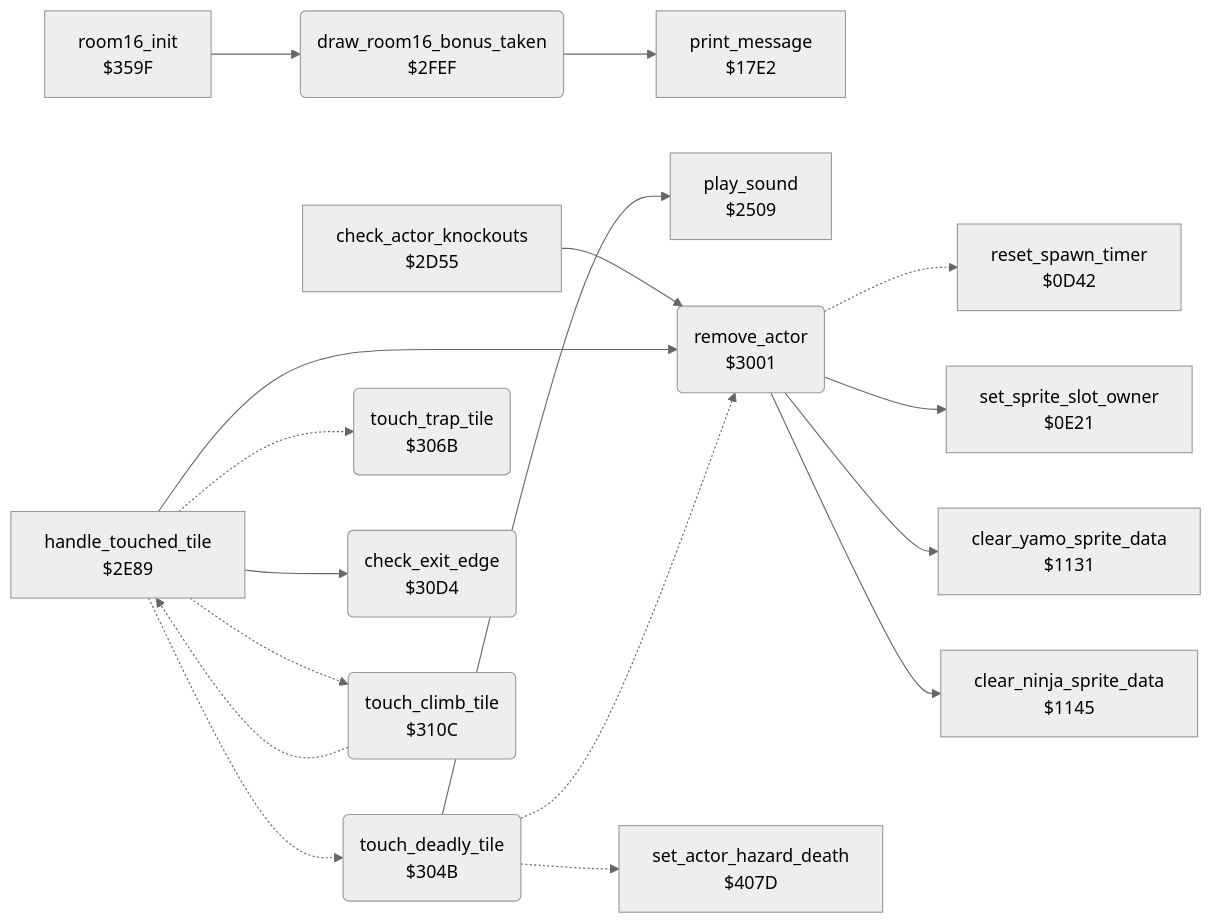
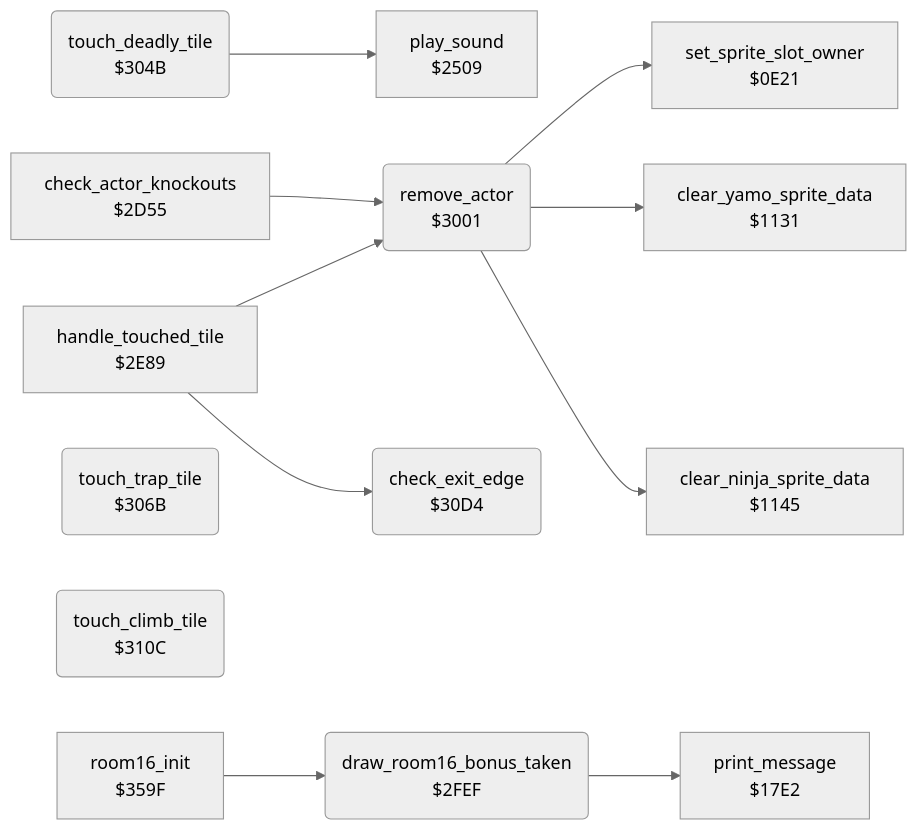
The diagram in bruce_lee/docs/reference/modules/actor/touch_effects.md (henols/c64_games), drawn with Mermaid (neutral theme) before and after one commit. The commit also changed other lines of this file and 236 other files, not shown here.

````diff
--- a/bruce_lee/docs/reference/modules/actor/touch_effects.md
+++ b/bruce_lee/docs/reference/modules/actor/touch_effects.md
@@ -10,35 +22,26 @@
 ```mermaid
 flowchart LR
-  n0d42["reset_spawn_timer<br/>$0D42"]
   n0e21["set_sprite_slot_owner<br/>$0E21"]
   n1131["clear_yamo_sprite_data<br/>$1131"]
   n1145["clear_ninja_sprite_data<br/>$1145"]
   n17e2["print_message<br/>$17E2"]
   n2509["play_sound<br/>$2509"]
   n2d55["check_actor_knockouts<br/>$2D55"]
   n2e89["handle_touched_tile<br/>$2E89"]
   n2fef("draw_room16_bonus_taken<br/>$2FEF")
   n3001("remove_actor<br/>$3001")
   n304b("touch_deadly_tile<br/>$304B")
   n306b("touch_trap_tile<br/>$306B")
   n30d4("check_exit_edge<br/>$30D4")
   n310c("touch_climb_tile<br/>$310C")
   n359f["room16_init<br/>$359F"]
-  n407d["set_actor_hazard_death<br/>$407D"]
   n2d55 --> n3001
   n2e89 --> n3001
-  n2e89 -.-> n304b
-  n2e89 -.-> n306b
   n2e89 --> n30d4
-  n2e89 -.-> n310c
   n2fef --> n17e2
-  n3001 -.-> n0d42
   n3001 --> n0e21
   n3001 --> n1131
   n3001 --> n1145
   n304b --> n2509
-  n304b -.-> n3001
-  n304b -.-> n407d
-  n310c -.-> n2e89
   n359f --> n2fef
 ```
````
